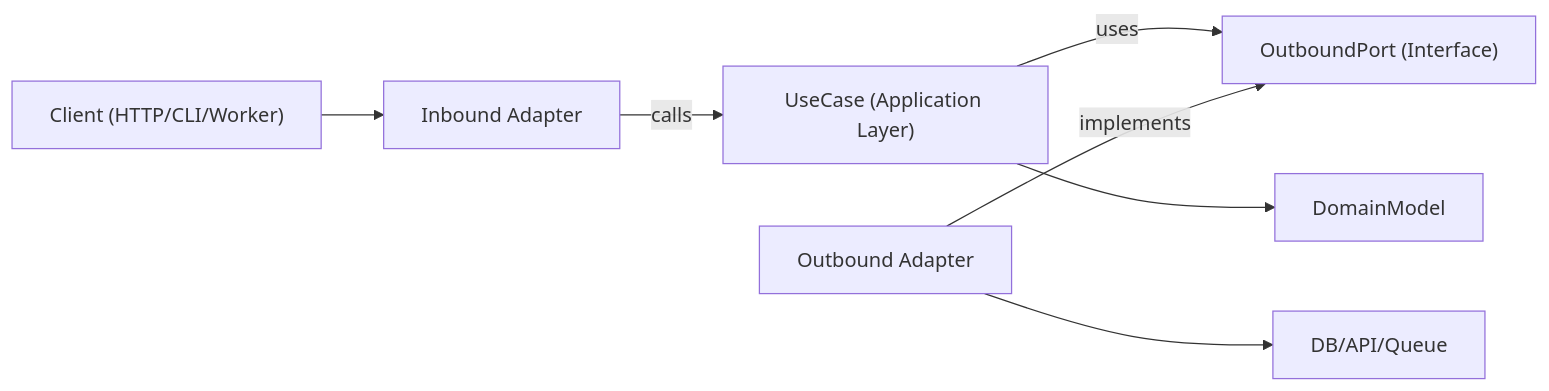
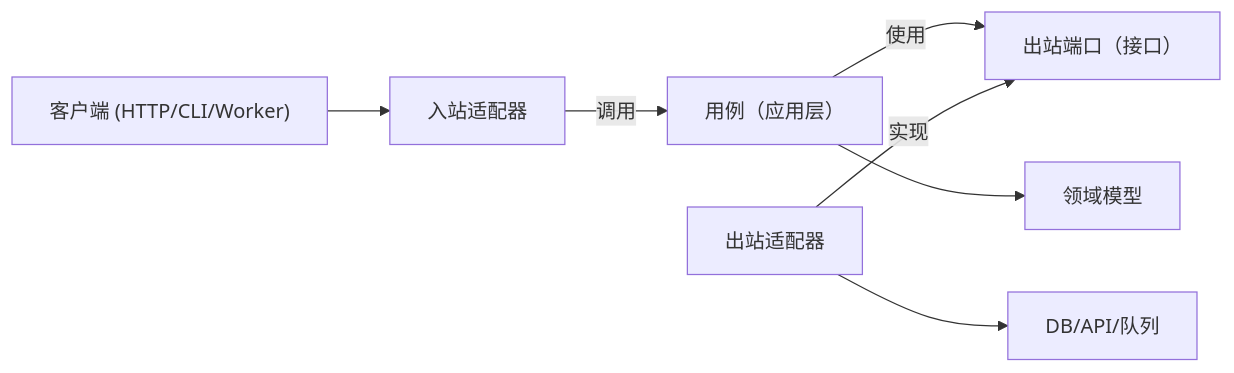
One commit to shifangZhao/Minimax-Code changed the diagram in src-tauri/skills/hexagonal-architecture/SKILL.md. Above: the diagram before and after it, drawn with Mermaid. The commit also changed other lines of this file and 92 other files, not shown here.

````diff
--- a/src-tauri/skills/hexagonal-architecture/SKILL.md
+++ b/src-tauri/skills/hexagonal-architecture/SKILL.md
@@ -76,9 +76,9 @@
 ```mermaid
 flowchart LR
-  Client["Client (HTTP/CLI/Worker)"] --> InboundAdapter["Inbound Adapter"]
-  InboundAdapter -->|"calls"| UseCase["UseCase (Application Layer)"]
-  UseCase -->|"uses"| OutboundPort["OutboundPort (Interface)"]
-  OutboundAdapter["Outbound Adapter"] -->|"implements"| OutboundPort
-  OutboundAdapter --> ExternalSystem["DB/API/Queue"]
-  UseCase --> DomainModel["DomainModel"]
+  Client["客户端 (HTTP/CLI/Worker)"] --> InboundAdapter["入站适配器"]
+  InboundAdapter -->|"调用"| UseCase["用例（应用层）"]
+  UseCase -->|"使用"| OutboundPort["出站端口（接口）"]
+  OutboundAdapter["出站适配器"] -->|"实现"| OutboundPort
+  OutboundAdapter --> ExternalSystem["DB/API/队列"]
+  UseCase --> DomainModel["领域模型"]
 ```
````
